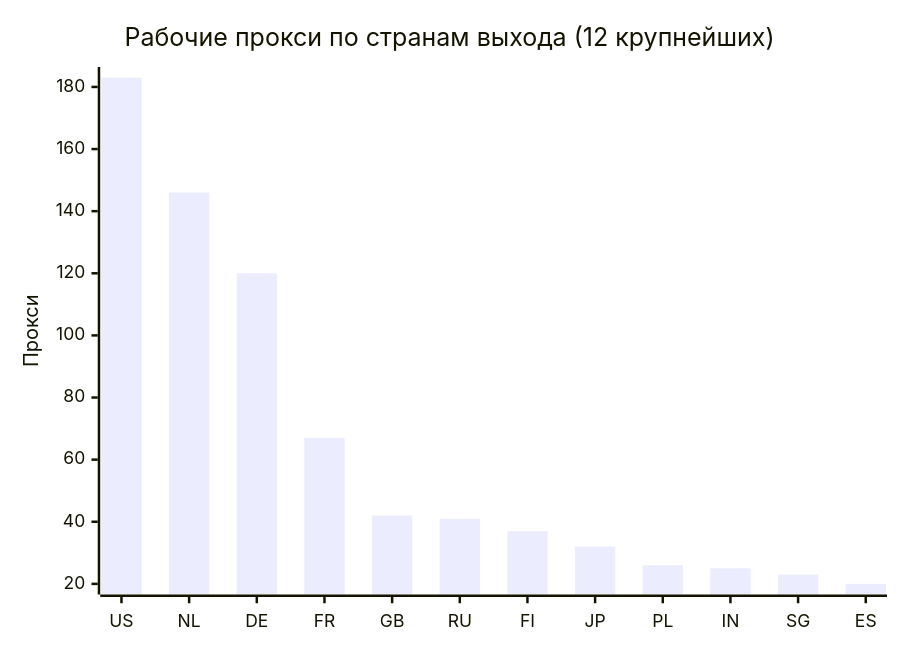
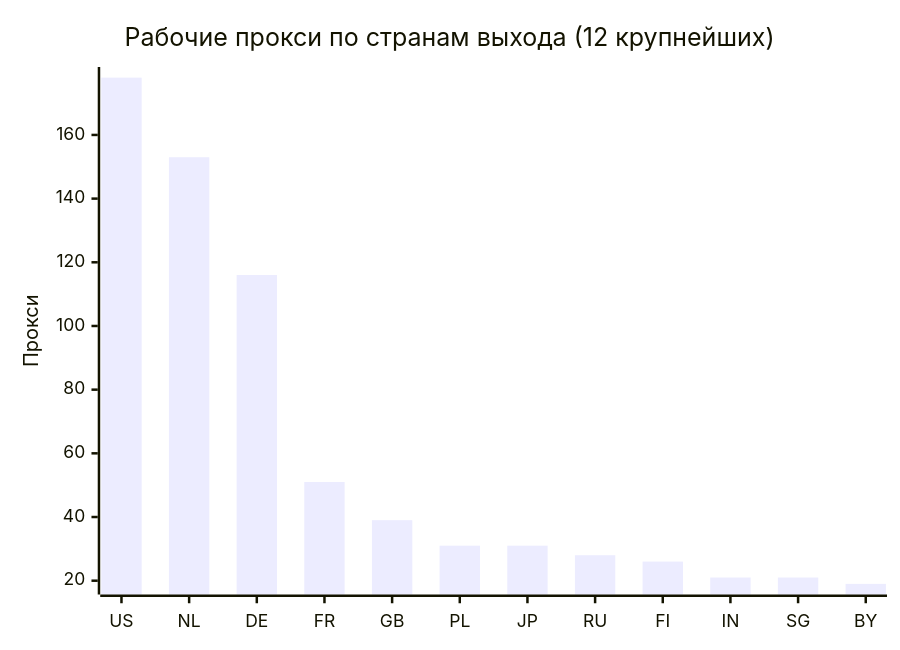
The second of 4 diagrams in README.md (rvvg/proxy-subs), drawn with Mermaid before and after one commit. The commit also changed other lines of this file and 50 other files, not shown here.

````diff
--- a/README.md
+++ b/README.md
@@ -130,7 +126,7 @@
 ```mermaid
 xychart-beta
     title "Рабочие прокси по странам выхода (12 крупнейших)"
-    x-axis ["US", "NL", "DE", "FR", "GB", "RU", "FI", "JP", "PL", "IN", "SG", "ES"]
+    x-axis ["US", "NL", "DE", "FR", "GB", "PL", "JP", "RU", "FI", "IN", "SG", "BY"]
     y-axis "Прокси"
-    bar [183, 146, 120, 67, 42, 41, 37, 32, 26, 25, 23, 20]
+    bar [178, 153, 116, 51, 39, 31, 31, 28, 26, 21, 21, 19]
 ```
````
